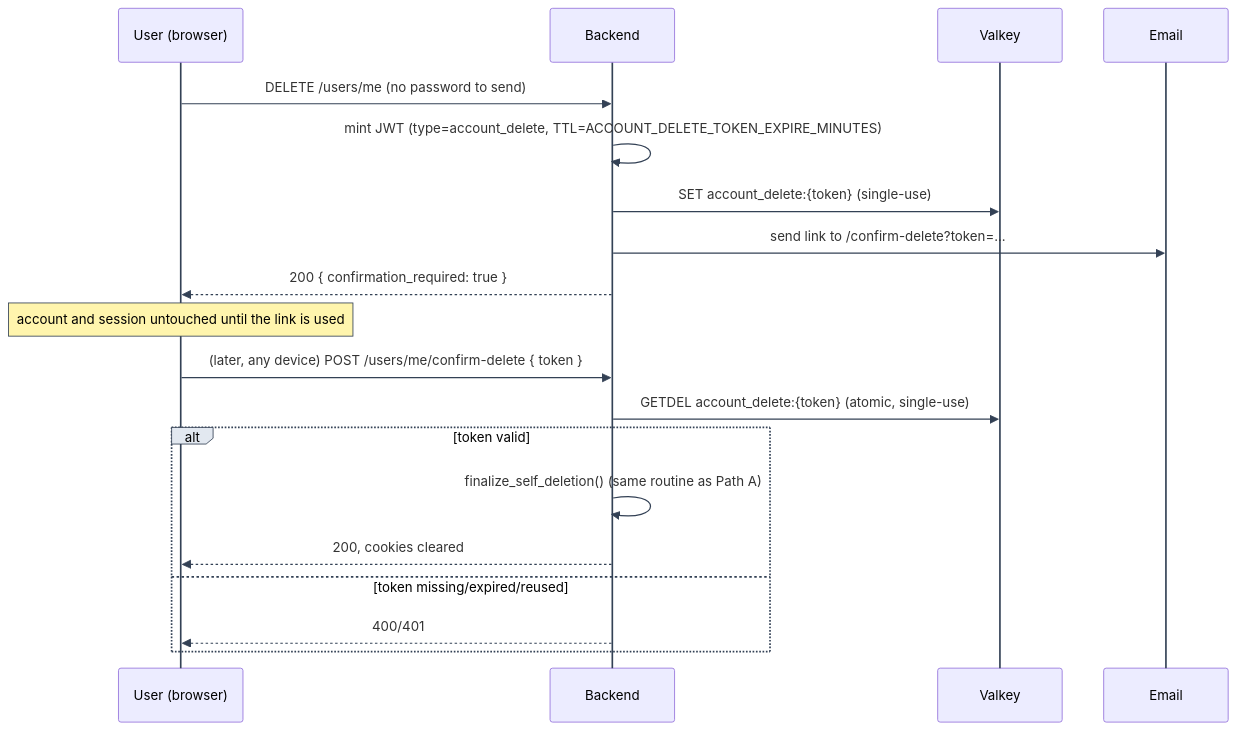
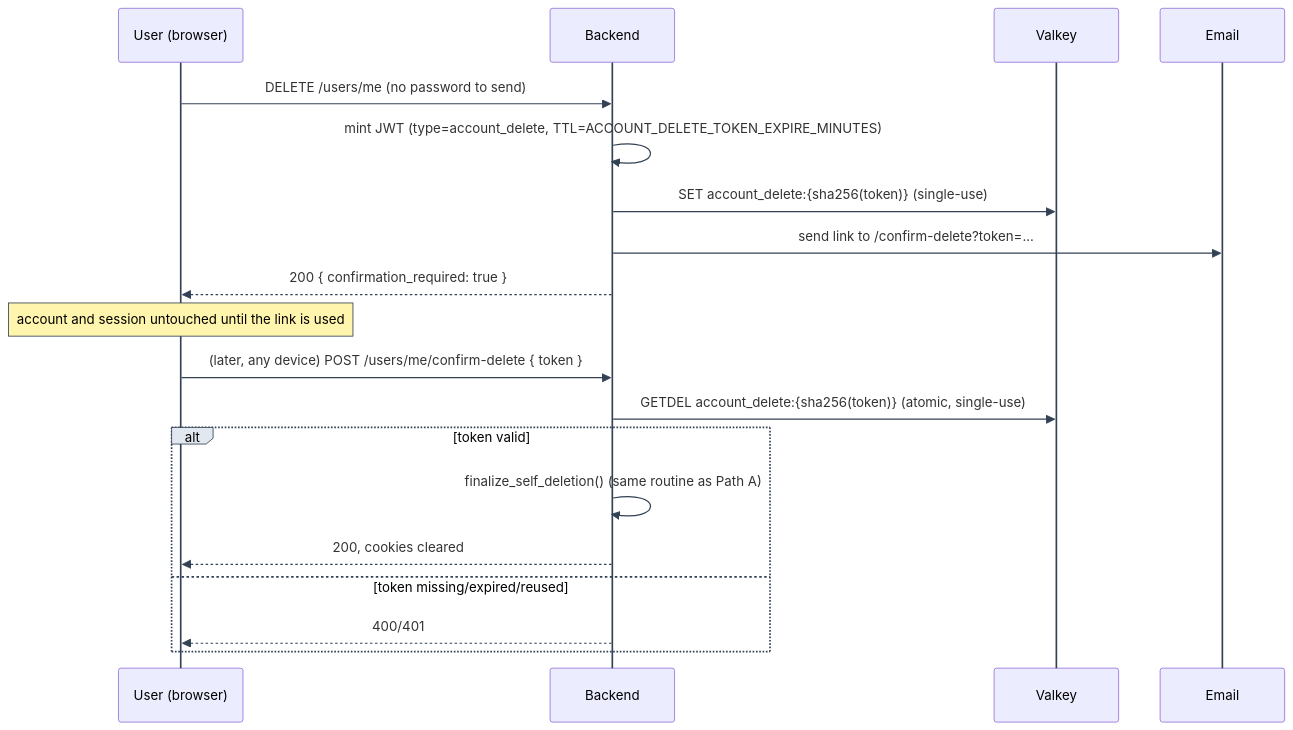
The second of 2 diagrams in docs/mystic_auth/authentication/account-deletion/self-service.md (Nachiket-2024/mystic-auth-docs), drawn with Mermaid before and after one commit. The commit also changed other lines of this file and 115 other files, not shown here.

````diff
--- a/docs/mystic_auth/authentication/account-deletion/self-service.md
+++ b/docs/mystic_auth/authentication/account-deletion/self-service.md
@@ -65,22 +65,22 @@
 ```mermaid
 %%{init: {"themeVariables": {"lineColor": "#334155", "signalColor": "#334155", "actorLineColor": "#334155", "activationBorderColor": "#334155", "labelBoxBorderColor": "#334155", "labelBoxBkgColor": "#e2e8f0", "noteBorderColor": "#334155"}, "themeCSS": ".messageLine0, .messageLine1 { stroke-width: 2px !important; }"} }%%
 sequenceDiagram
     participant U as User (browser)
     participant API as Backend
     participant R as Valkey
     participant E as Email
     U->>API: DELETE /users/me (no password to send)
     API->>API: mint JWT (type=account_delete, TTL=ACCOUNT_DELETE_TOKEN_EXPIRE_MINUTES)
-    API->>R: SET account_delete:{token} (single-use)
+    API->>R: SET account_delete:{sha256(token)} (single-use)
     API->>E: send link to /confirm-delete?token=...
     API-->>U: 200 { confirmation_required: true }
     Note over U: account and session untouched until the link is used
     U->>API: (later, any device) POST /users/me/confirm-delete { token }
-    API->>R: GETDEL account_delete:{token} (atomic, single-use)
+    API->>R: GETDEL account_delete:{sha256(token)} (atomic, single-use)
     alt token valid
         API->>API: finalize_self_deletion() (same routine as Path A)
         API-->>U: 200, cookies cleared
     else token missing/expired/reused
         API-->>U: 400/401
     end
 ```
````
